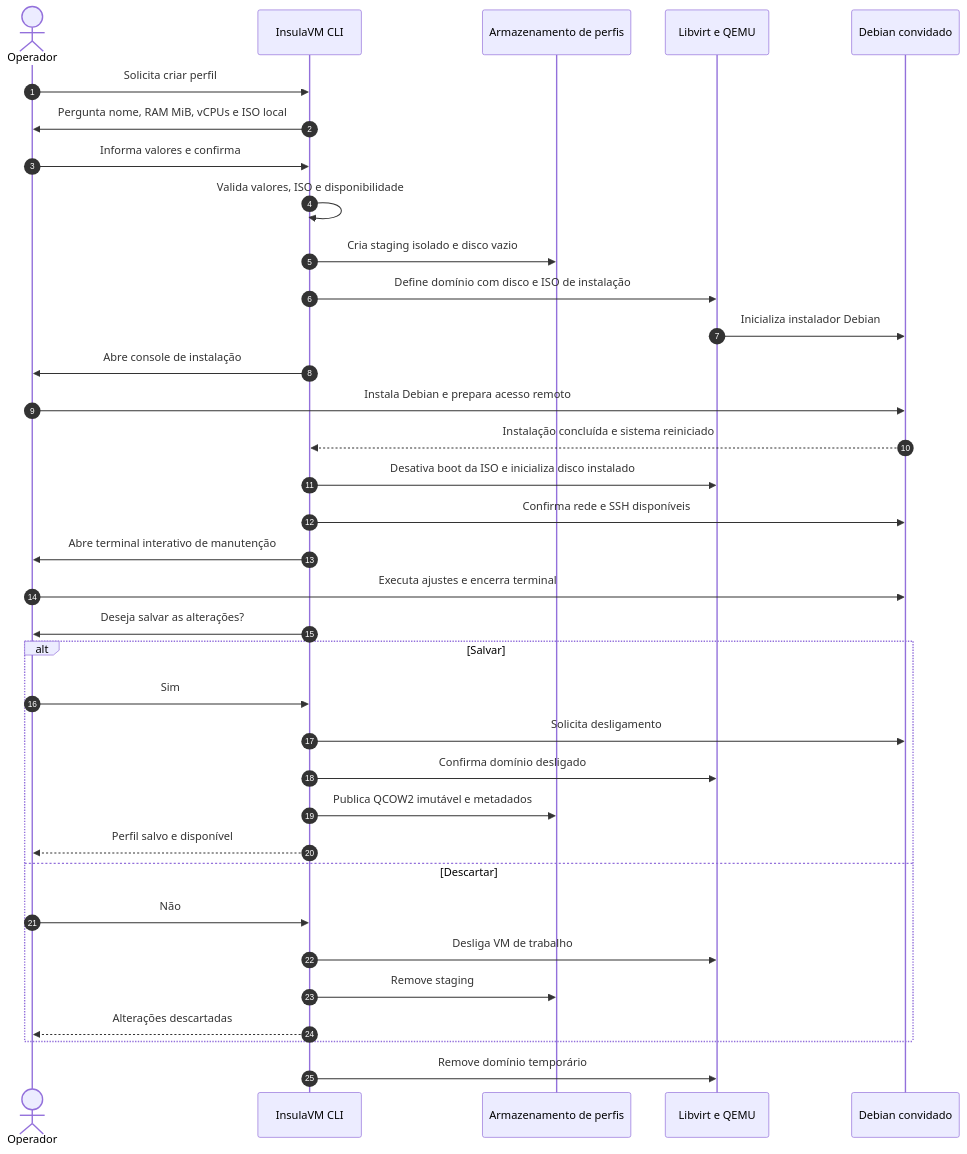
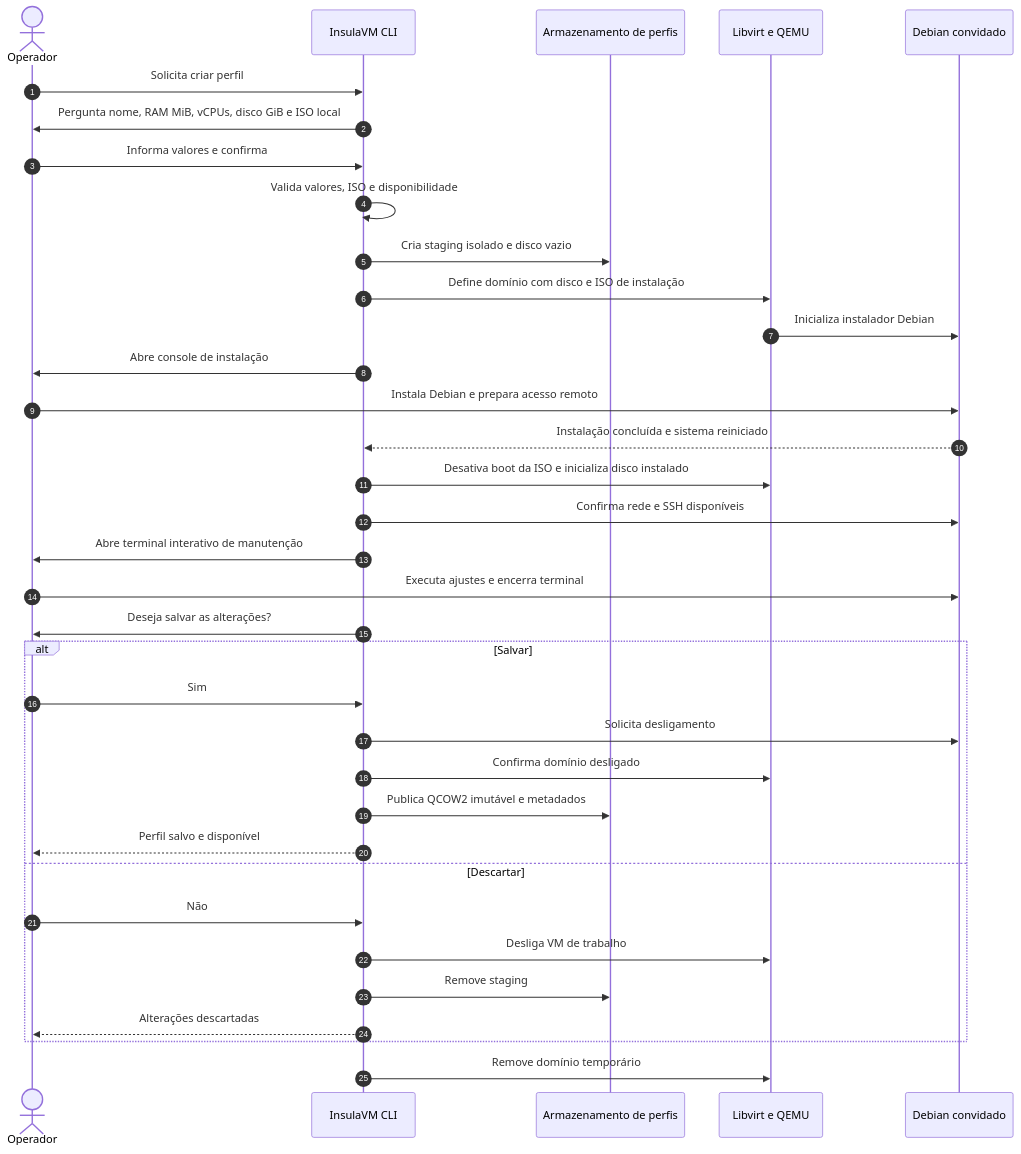
The diagram in docs/fluxos/FLUX-002-criacao-perfil-vm.md (ahhvahh/InsulaVM), drawn with Mermaid before and after one commit. The commit also changed other lines of this file and 4 other files, not shown here.

````diff
--- a/docs/fluxos/FLUX-002-criacao-perfil-vm.md
+++ b/docs/fluxos/FLUX-002-criacao-perfil-vm.md
@@ -30,37 +31,37 @@
 ```mermaid
 sequenceDiagram
     autonumber
     actor U as Operador
     participant CLI as InsulaVM CLI
     participant FS as Armazenamento de perfis
     participant LV as Libvirt e QEMU
     participant G as Debian convidado
     U->>CLI: Solicita criar perfil
-    CLI->>U: Pergunta nome, RAM MiB, vCPUs e ISO local
+    CLI->>U: Pergunta nome, RAM MiB, vCPUs, disco GiB e ISO local
     U->>CLI: Informa valores e confirma
     CLI->>CLI: Valida valores, ISO e disponibilidade
     CLI->>FS: Cria staging isolado e disco vazio
     CLI->>LV: Define domínio com disco e ISO de instalação
     LV->>G: Inicializa instalador Debian
     CLI->>U: Abre console de instalação
     U->>G: Instala Debian e prepara acesso remoto
     G-->>CLI: Instalação concluída e sistema reiniciado
     CLI->>LV: Desativa boot da ISO e inicializa disco instalado
     CLI->>G: Confirma rede e SSH disponíveis
     CLI->>U: Abre terminal interativo de manutenção
     U->>G: Executa ajustes e encerra terminal
     CLI->>U: Deseja salvar as alterações?
     alt Salvar
         U->>CLI: Sim
         CLI->>G: Solicita desligamento
         CLI->>LV: Confirma domínio desligado
         CLI->>FS: Publica QCOW2 imutável e metadados
         CLI-->>U: Perfil salvo e disponível
     else Descartar
         U->>CLI: Não
         CLI->>LV: Desliga VM de trabalho
         CLI->>FS: Remove staging
         CLI-->>U: Alterações descartadas
     end
     CLI->>LV: Remove domínio temporário
 ```
````
